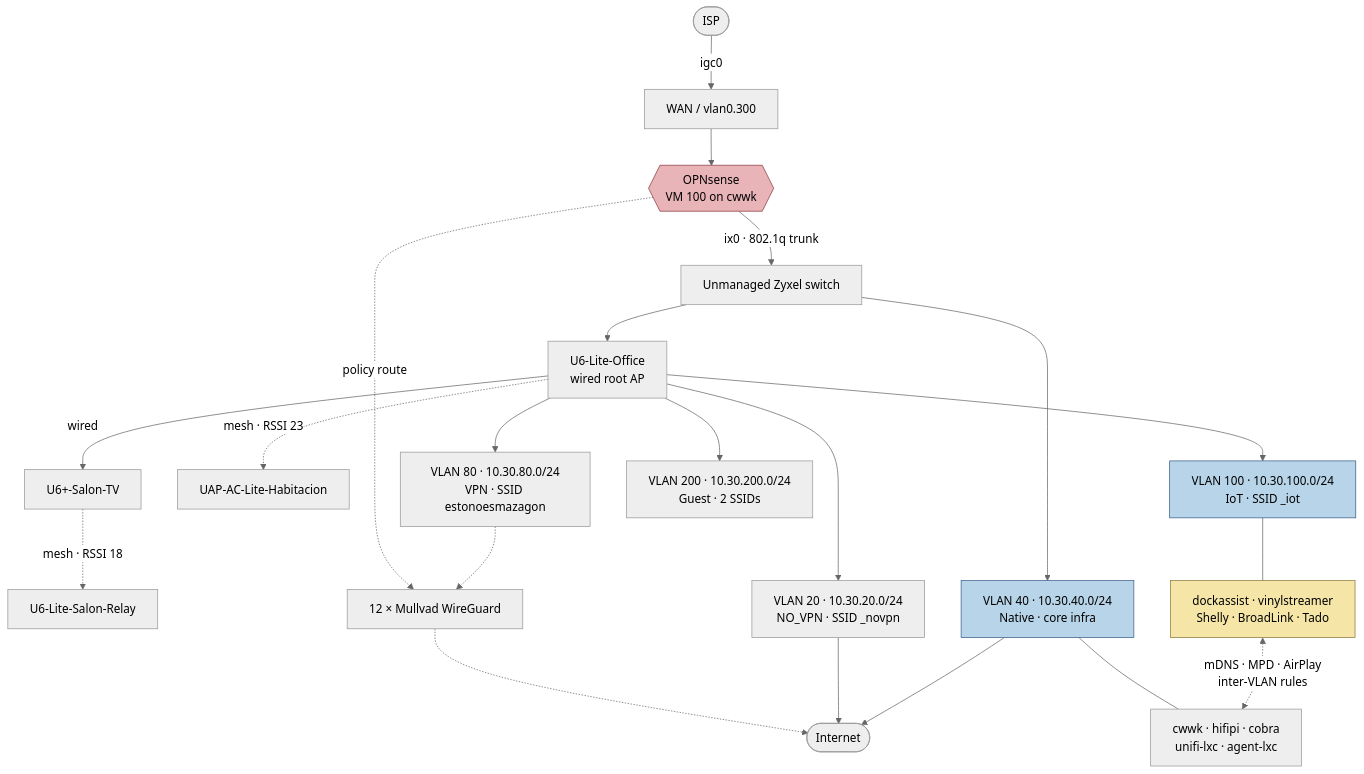
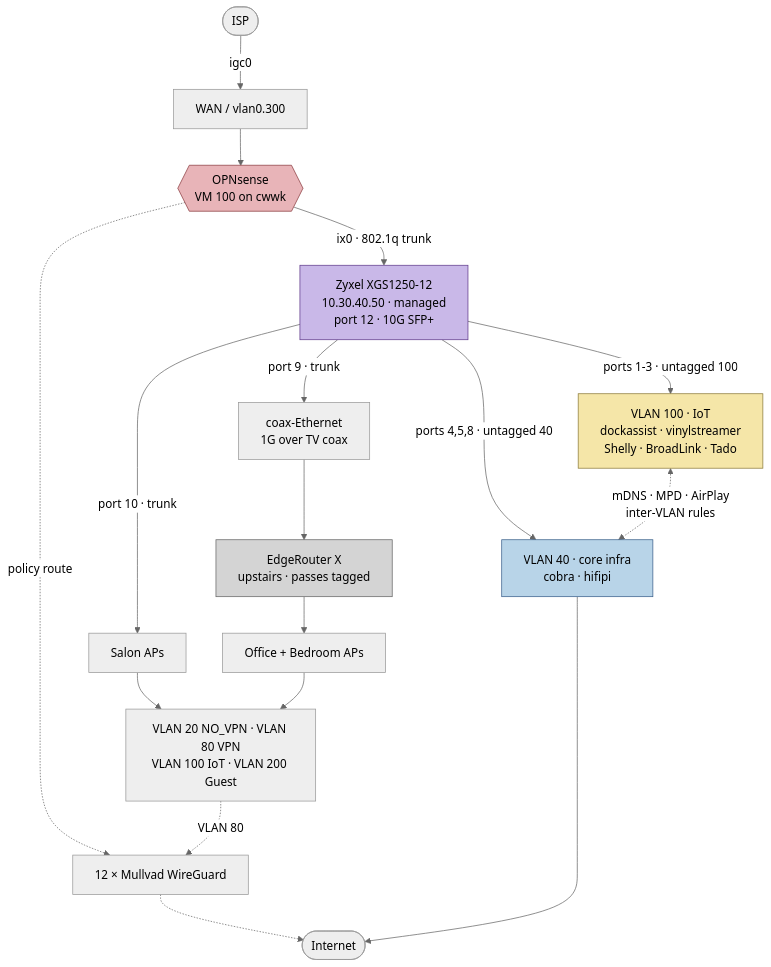
Before and after one commit to ignaciojimenez/infrastructure-automation: the diagram in docs/NETWORK.md, drawn with Mermaid (neutral theme). The commit also changed other lines of this file, not shown here.

First line of the commit message:
docs(network): add the backbone switch; retract the 'unmanaged Zyxel' claim

````diff
--- a/docs/NETWORK.md
+++ b/docs/NETWORK.md
@@ -52,33 +52,31 @@
 ```mermaid
 flowchart TD
     ISP([ISP]) -->|igc0| WAN[WAN / vlan0.300]
     WAN --> FW{{OPNsense<br/>VM 100 on cwwk}}
 
-    FW -->|ix0 · 802.1q trunk| SW[Unmanaged Zyxel switch]
-    SW --> AP1[U6-Lite-Office<br/>wired root AP]
-    AP1 -->|wired| AP2[U6+-Salon-TV]
-    AP1 -.->|mesh · RSSI 23| AP4[UAP-AC-Lite-Habitacion]
-    AP2 -.->|mesh · RSSI 18| AP3[U6-Lite-Salon-Relay]
+    FW -->|ix0 · 802.1q trunk| SW[Zyxel XGS1250-12<br/>10.30.40.50 · managed<br/>port 12 · 10G SFP+]
 
-    SW --> V40[VLAN 40 · 10.30.40.0/24<br/>Native · core infra]
-    AP1 --> V20[VLAN 20 · 10.30.20.0/24<br/>NO_VPN · SSID _novpn]
-    AP1 --> V80[VLAN 80 · 10.30.80.0/24<br/>VPN · SSID estonoesmazagon]
-    AP1 --> V100[VLAN 100 · 10.30.100.0/24<br/>IoT · SSID _iot]
-    AP1 --> V200[VLAN 200 · 10.30.200.0/24<br/>Guest · 2 SSIDs]
+    SW -->|ports 1-3 · untagged 100| V100[VLAN 100 · IoT<br/>dockassist · vinylstreamer<br/>Shelly · BroadLink · Tado]
+    SW -->|ports 4,5,8 · untagged 40| V40[VLAN 40 · core infra<br/>cobra · hifipi]
+    SW -->|port 10 · trunk| APS[Salon APs]
+    SW -->|port 9 · trunk| COAX[coax-Ethernet<br/>1G over TV coax]
 
-    V40 --- H40[cwwk · hifipi · cobra<br/>unifi-lxc · agent-lxc]
-    V100 --- H100[dockassist · vinylstreamer<br/>Shelly · BroadLink · Tado]
+    COAX --> ERX[EdgeRouter X<br/>upstairs · passes tagged]
+    ERX --> APU[Office + Bedroom APs]
 
-    H100 <-.->|mDNS · MPD · AirPlay<br/>inter-VLAN rules| H40
+    APS --> WIFI[VLAN 20 NO_VPN · VLAN 80 VPN<br/>VLAN 100 IoT · VLAN 200 Guest]
+    APU --> WIFI
+
+    V100 <-.->|mDNS · MPD · AirPlay<br/>inter-VLAN rules| V40
 
     FW -.->|policy route| MUL[12 × Mullvad WireGuard]
-    V80 -.-> MUL
+    WIFI -.->|VLAN 80| MUL
     MUL -.-> Internet([Internet])
-    V20 --> Internet
     V40 --> Internet
 
     style FW fill:#e8b4b8,stroke:#8b3a3f
+    style SW fill:#c9b8e8,stroke:#5f3a8b
     style V40 fill:#b8d4e8,stroke:#3a5f8b
-    style V100 fill:#b8d4e8,stroke:#3a5f8b
-    style H100 fill:#f5e6a8,stroke:#8b7a3a
+    style V100 fill:#f5e6a8,stroke:#8b7a3a
+    style ERX fill:#d4d4d4,stroke:#666
 ```
````
